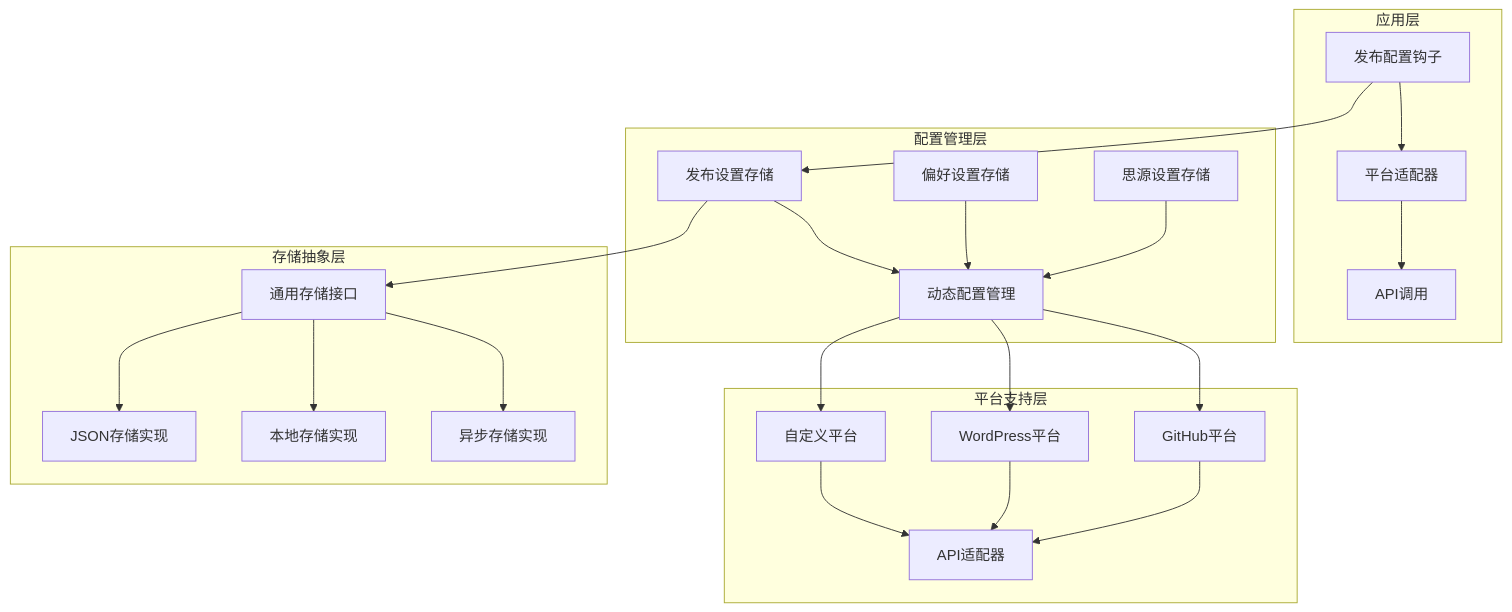
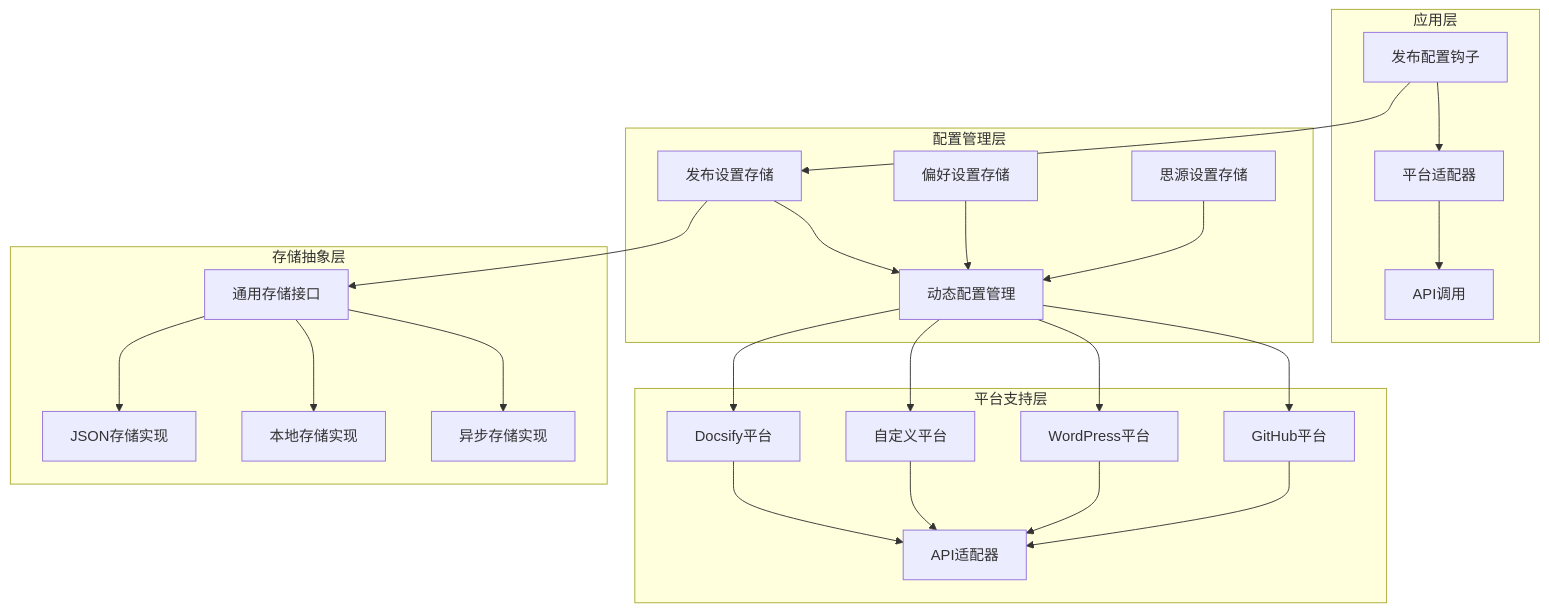
One commit to terwer/siyuan-plugin-publisher changed the second of 12 diagrams in .qoder/repowiki/zh/content/Platform Configuration System.md. Above: the diagram before and after it, drawn with Mermaid. The commit also changed other lines of this file and 2 other files, not shown here.

````diff
--- a/.qoder/repowiki/zh/content/Platform Configuration System.md
+++ b/.qoder/repowiki/zh/content/Platform Configuration System.md
@@ -118,27 +142,29 @@
 ```mermaid
 graph TB
 subgraph "应用层"
 A[发布配置钩子] --> B[平台适配器]
 B --> C[API调用]
 end
 subgraph "配置管理层"
 D[发布设置存储] --> E[动态配置管理]
 F[偏好设置存储] --> E
 G[思源设置存储] --> E
 end
 subgraph "存储抽象层"
 H[通用存储接口] --> I[异步存储实现]
 H --> J[本地存储实现]
 H --> K[JSON存储实现]
 end
 subgraph "平台支持层"
 L[GitHub平台] --> M[API适配器]
 N[WordPress平台] --> M
 O[自定义平台] --> M
+P[Docsify平台] --> M
 end
 A --> D
 D --> H
 E --> L
 E --> N
 E --> O
+E --> P
 ```
````
